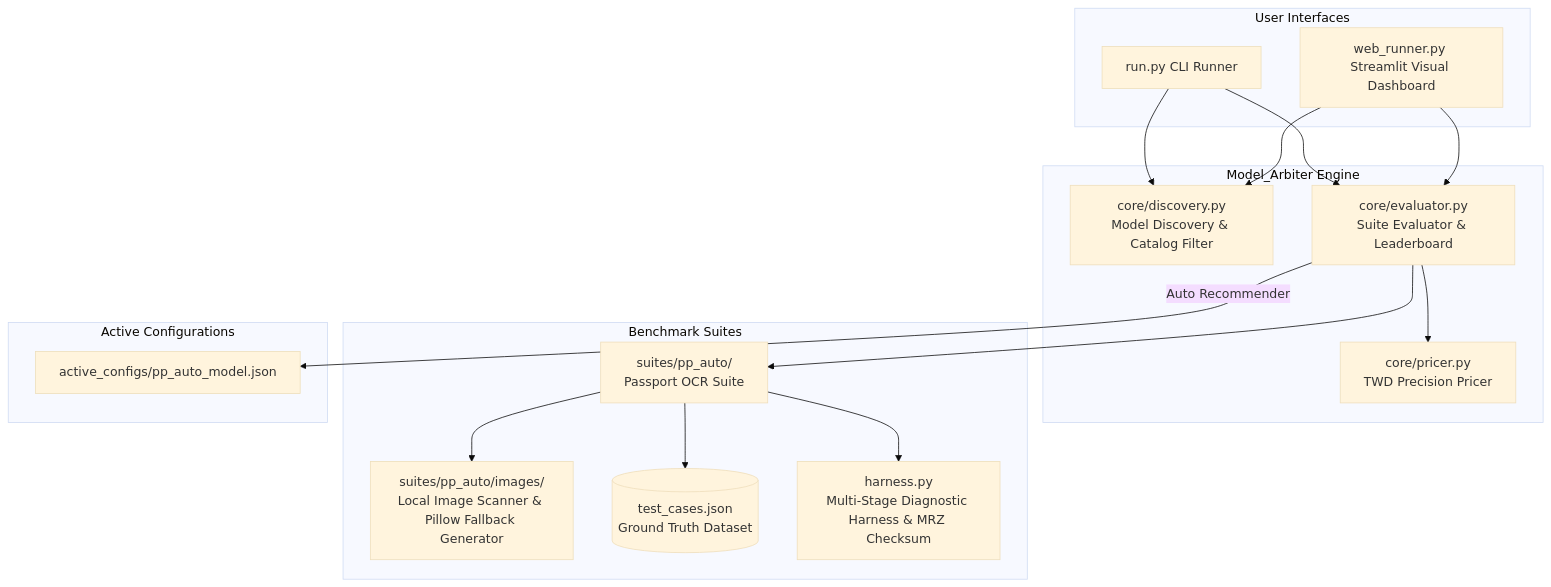
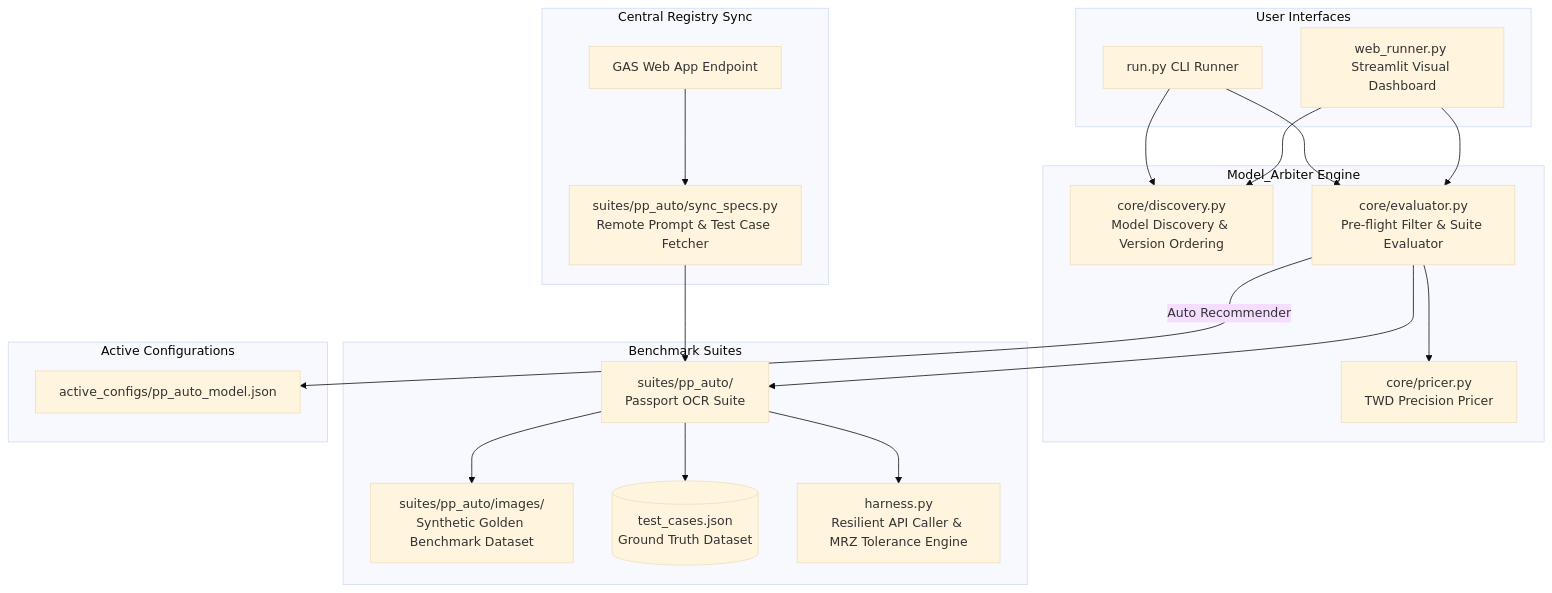
The diagram in HANDBOOK.md (voyagermartin/Model_Arbiter), drawn with Mermaid (base theme) before and after one commit. The commit also changed other lines of this file, not shown here.

Commit message:
docs(handbook): update HANDBOOK.md with v1.3.0 architecture, zero-data-retention compliance, and consolidated changelog

````diff
--- a/HANDBOOK.md
+++ b/HANDBOOK.md
@@ -20,35 +20,42 @@
 ```mermaid
 flowchart TD
     subgraph UserInterface [User Interfaces]
         CLI[run.py CLI Runner]
         WEB[web_runner.py Streamlit Visual Dashboard]
     end
 
     subgraph CoreEngine [Model_Arbiter Engine]
-        DISC[core/discovery.py\nModel Discovery & Catalog Filter]
+        DISC[core/discovery.py\nModel Discovery & Version Ordering]
         PRICER[core/pricer.py\nTWD Precision Pricer]
-        EVAL[core/evaluator.py\nSuite Evaluator & Leaderboard]
+        EVAL[core/evaluator.py\nPre-flight Filter & Suite Evaluator]
+    end
+
+    subgraph SyncEngine [Central Registry Sync]
+        GAS[GAS Web App Endpoint]
+        SYNC[suites/pp_auto/sync_specs.py\nRemote Prompt & Test Case Fetcher]
     end
 
     subgraph BenchmarkSuites [Benchmark Suites]
         PP[suites/pp_auto/\nPassport OCR Suite]
-        IMG[suites/pp_auto/images/\nLocal Image Scanner & Pillow Fallback Generator]
+        IMG[suites/pp_auto/images/\nSynthetic Golden Benchmark Dataset]
         GT[(test_cases.json\nGround Truth Dataset)]
-        HARNESS[harness.py\nMulti-Stage Diagnostic Harness & MRZ Checksum]
+        HARNESS[harness.py\nResilient API Caller & MRZ Tolerance Engine]
     end
 
     subgraph OutputConfig [Active Configurations]
         CFG[active_configs/pp_auto_model.json]
     end
 
     CLI --> DISC
     CLI --> EVAL
     WEB --> DISC
     WEB --> EVAL
+    GAS --> SYNC
+    SYNC --> PP
     EVAL --> PP
     PP --> IMG
     PP --> GT
     PP --> HARNESS
     EVAL --> PRICER
     EVAL -->|Auto Recommender| CFG
 ```
````
